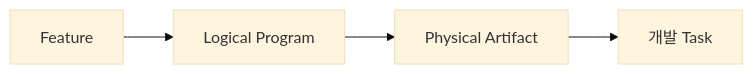
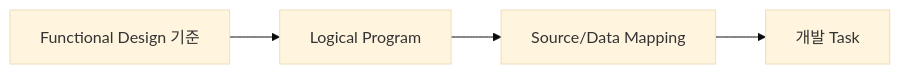
Before and after one commit to Seunghyun0606/SDLC_DDD_SDD: the sixth of 8 diagrams in sdlc/guides/01_SDLC_전체가이드.md, drawn with Mermaid (base theme). The commit also changed other lines of this file, not shown here.

Commit message:
docs: align SDLC guide with single requirement artifact and program delta

````diff
--- a/sdlc/guides/01_SDLC_전체가이드.md
+++ b/sdlc/guides/01_SDLC_전체가이드.md
@@ -56,4 +60,4 @@
 ```mermaid
 flowchart LR
-    F["Feature"] --> P["Logical Program"] --> A["Physical Artifact"] --> T["개발 Task"]
+    F["Functional Design 기준"] --> P["Logical Program"] --> A["Source/Data Mapping"] --> T["개발 Task"]
 ```
````
